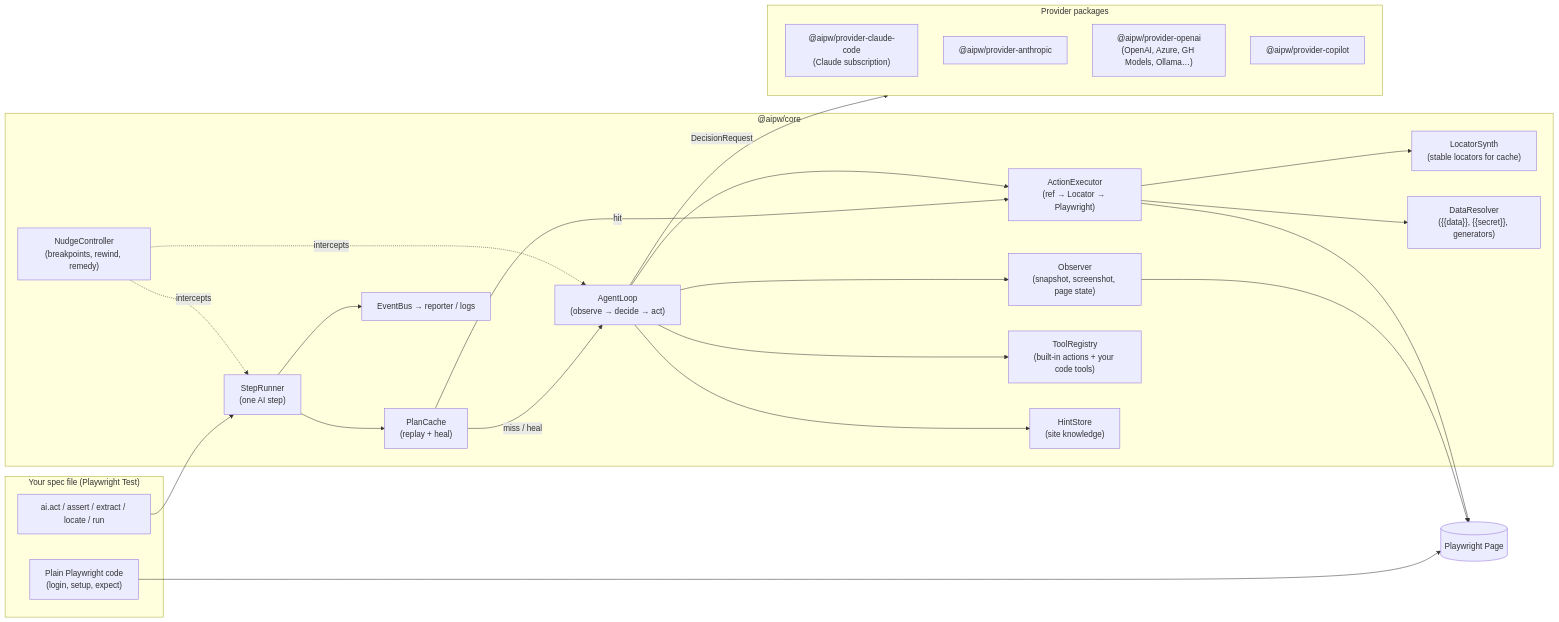
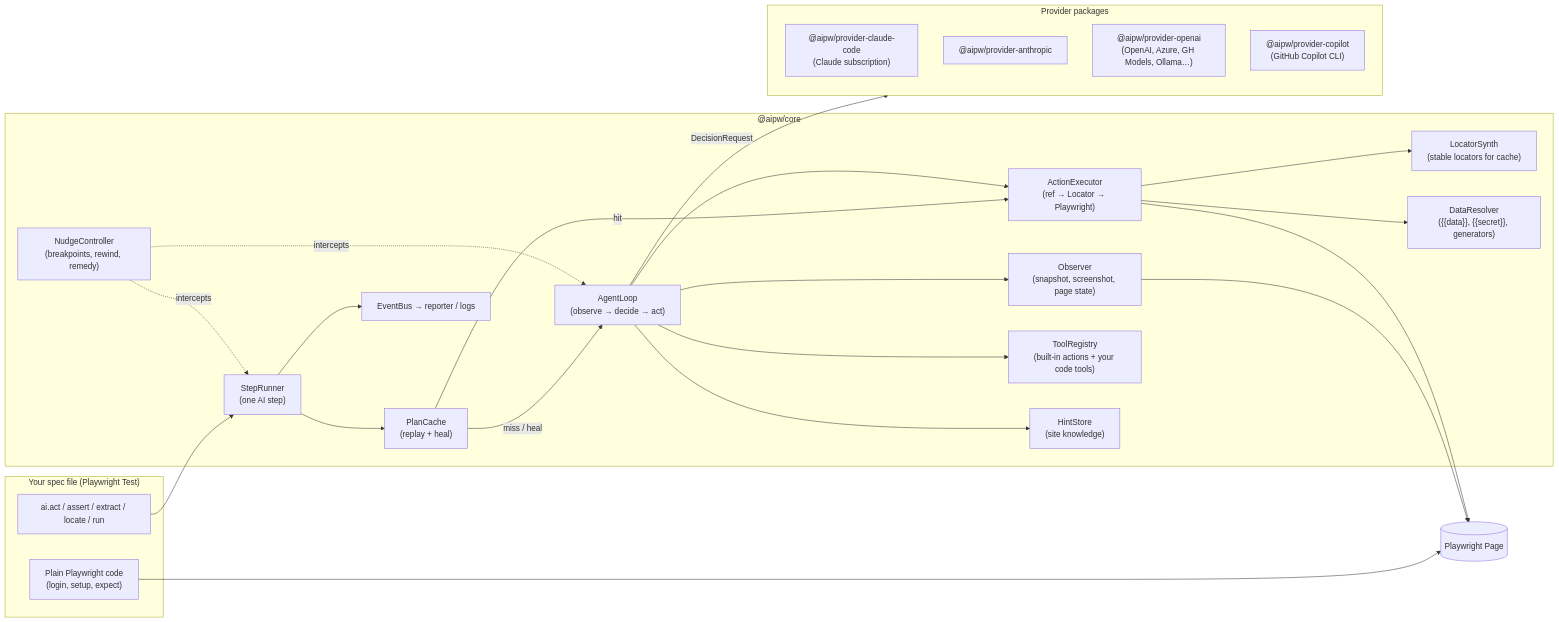
One commit to knoppies999/ai-playwright changed the first of 2 diagrams in docs/02-architecture.md. Above: the diagram before and after it, drawn with Mermaid. The commit also changed other lines of this file and 5 other files, not shown here.

First line of the commit message:
Docs: "Copilot" means GitHub Copilot CLI (decision D13)

````diff
--- a/docs/02-architecture.md
+++ b/docs/02-architecture.md
@@ -5,46 +5,46 @@
 ```mermaid
 flowchart LR
   subgraph Test["Your spec file (Playwright Test)"]
     code["Plain Playwright code<br/>(login, setup, expect)"]
     aiapi["ai.act / assert / extract / locate / run"]
   end
 
   subgraph Core["@aipw/core"]
     step["StepRunner<br/>(one AI step)"]
     cache["PlanCache<br/>(replay + heal)"]
     loop["AgentLoop<br/>(observe → decide → act)"]
     obs["Observer<br/>(snapshot, screenshot, page state)"]
     exec["ActionExecutor<br/>(ref → Locator → Playwright)"]
     loc["LocatorSynth<br/>(stable locators for cache)"]
     data["DataResolver<br/>({{data}}, {{secret}}, generators)"]
     tools["ToolRegistry<br/>(built-in actions + your code tools)"]
     hints["HintStore<br/>(site knowledge)"]
     nudge["NudgeController<br/>(breakpoints, rewind, remedy)"]
     events["EventBus → reporter / logs"]
   end
 
   subgraph Providers["Provider packages"]
     pk["@aipw/provider-claude-code<br/>(Claude subscription)"]
     pa["@aipw/provider-anthropic"]
     po["@aipw/provider-openai<br/>(OpenAI, Azure, GH Models, Ollama…)"]
-    pc["@aipw/provider-copilot"]
+    pc["@aipw/provider-copilot<br/>(GitHub Copilot CLI)"]
   end
 
   browser[("Playwright Page")]
 
   aiapi --> step
   code --> browser
   step --> cache
   cache -- miss / heal --> loop
   cache -- hit --> exec
   loop --> obs --> browser
   loop -->|DecisionRequest| Providers
   loop --> exec --> browser
   exec --> data
   exec --> loc
   loop --> tools
   loop --> hints
   nudge -. intercepts .-> step
   nudge -. intercepts .-> loop
   step --> events
 ```
````
